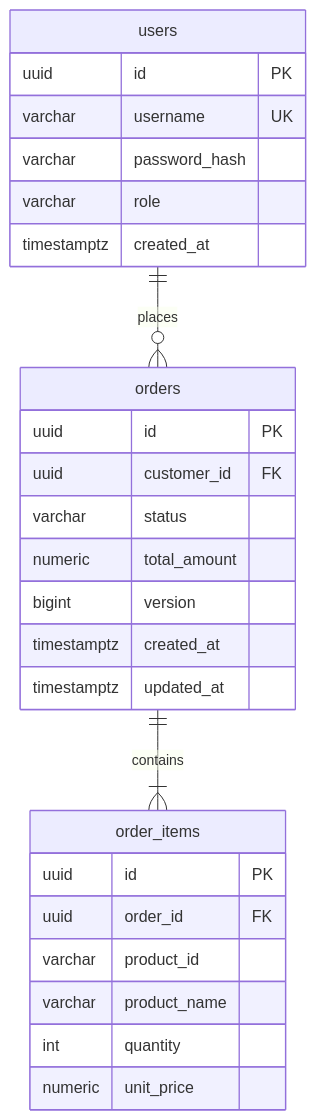
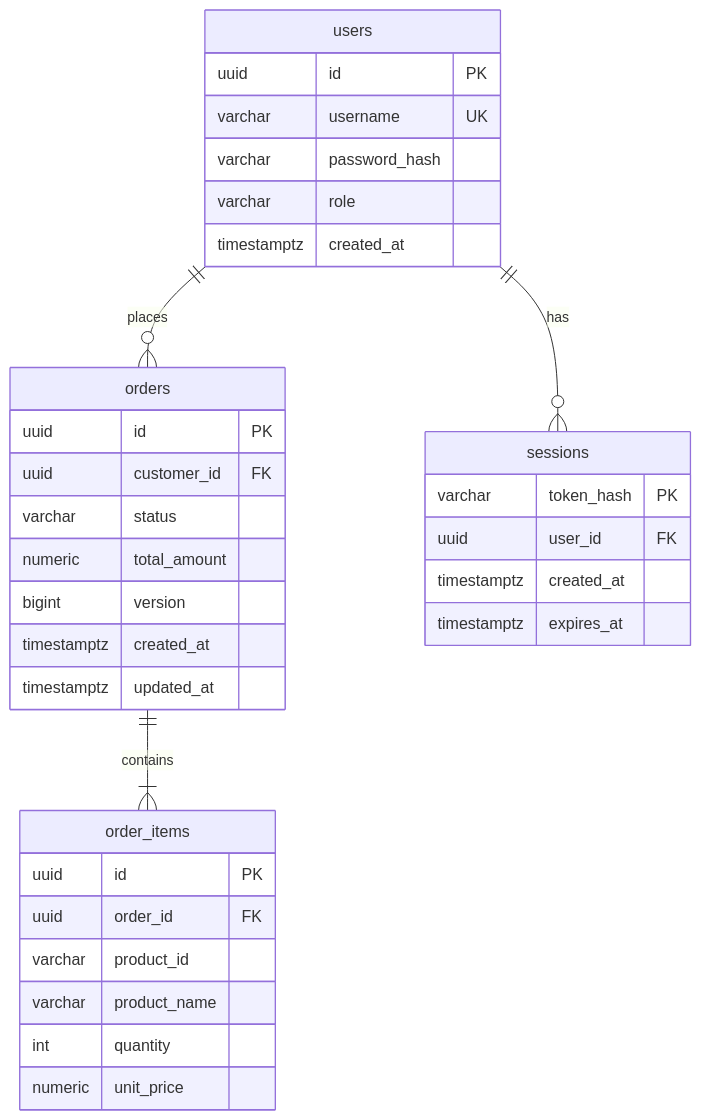
The first of 2 diagrams in documentation/design.md (timilil/order-management-app), drawn with Mermaid before and after one commit. The commit also changed other lines of this file and 37 other files, not shown here.

````diff
--- a/documentation/design.md
+++ b/documentation/design.md
@@ -202,29 +204,36 @@
 ```mermaid
 erDiagram
     users ||--o{ orders : places
     orders ||--|{ order_items : contains
+    users ||--o{ sessions : has
+    sessions {
+        varchar token_hash PK
+        uuid user_id FK
+        timestamptz created_at
+        timestamptz expires_at
+    }
     users {
         uuid id PK
         varchar username UK
         varchar password_hash
         varchar role
         timestamptz created_at
     }
     orders {
         uuid id PK
         uuid customer_id FK
         varchar status
         numeric total_amount
         bigint version
         timestamptz created_at
         timestamptz updated_at
     }
     order_items {
         uuid id PK
         uuid order_id FK
         varchar product_id
         varchar product_name
         int quantity
         numeric unit_price
     }
 ```
````
